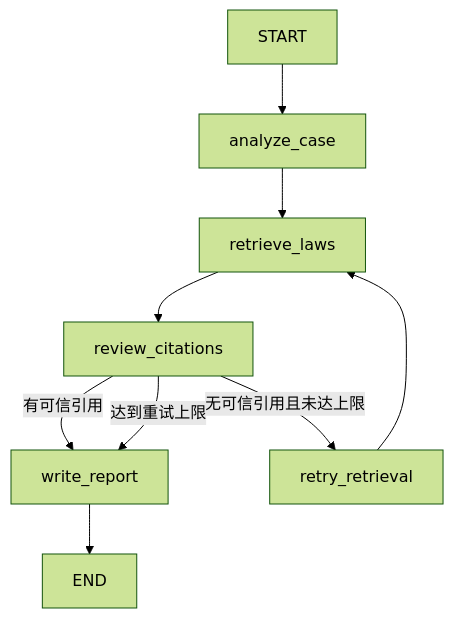
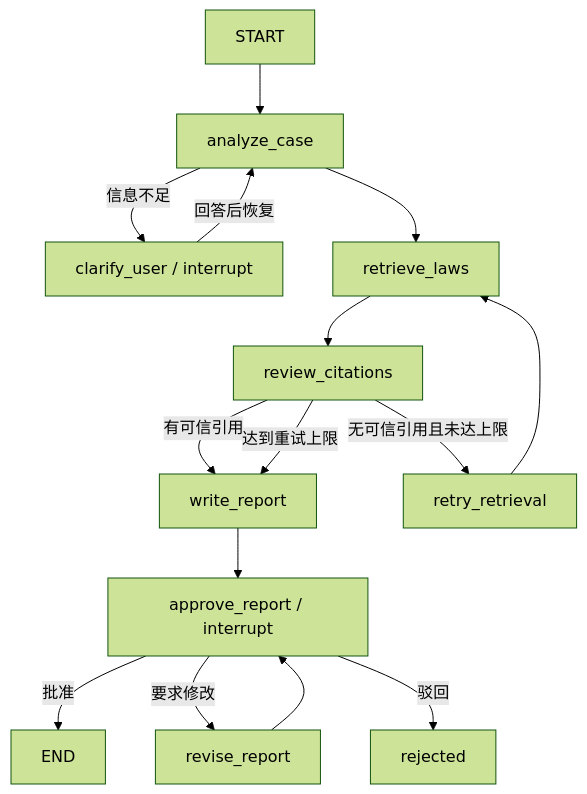
One commit to Fyao21/LegalCopilot-Agent changed the second of 2 diagrams in README.md. Above: the diagram before and after it, drawn with Mermaid (forest theme). The commit also changed other lines of this file and 270 other files, not shown here.

````diff
--- a/README.md
+++ b/README.md
@@ -45,11 +72,17 @@
 ```mermaid
 flowchart TD
     START --> A["analyze_case"]
+    A -->|"信息不足"| C["clarify_user / interrupt"]
+    C -->|"回答后恢复"| A
     A --> R["retrieve_laws"]
     R --> V["review_citations"]
     V -->|"有可信引用"| W["write_report"]
     V -->|"无可信引用且未达上限"| X["retry_retrieval"]
     X --> R
     V -->|"达到重试上限"| W
-    W --> END
+    W --> P["approve_report / interrupt"]
+    P -->|"批准"| END
+    P -->|"要求修改"| M["revise_report"]
+    M --> P
+    P -->|"驳回"| REJECTED["rejected"]
 ```
````
